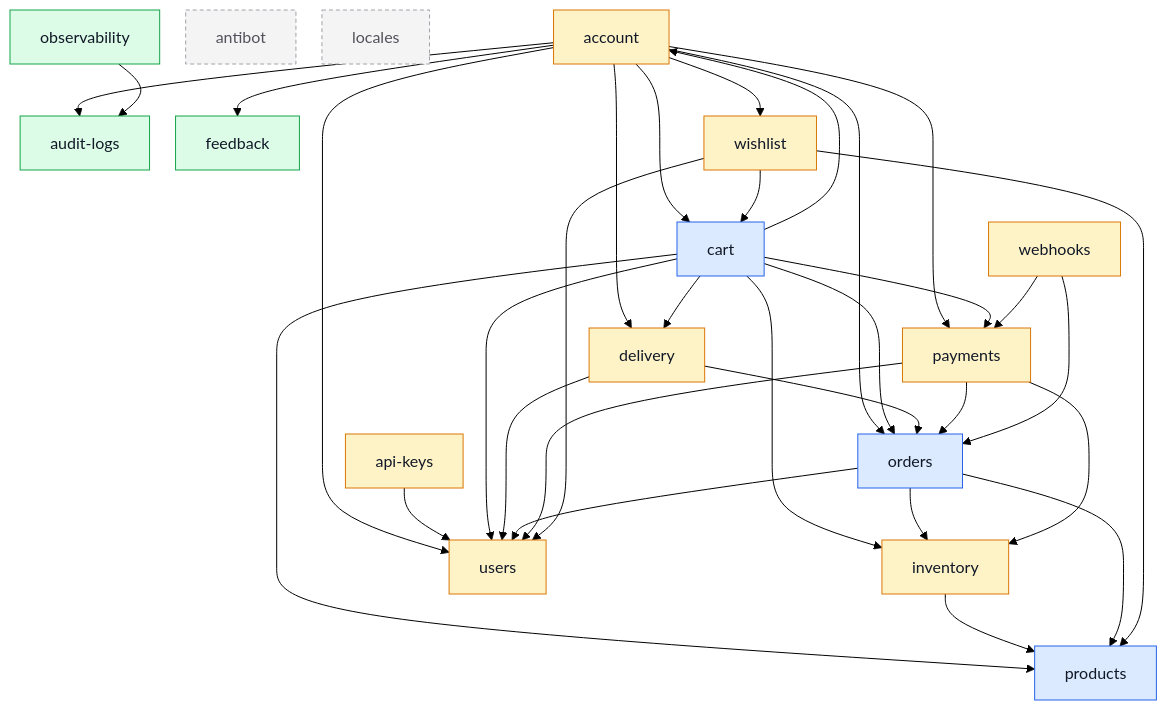
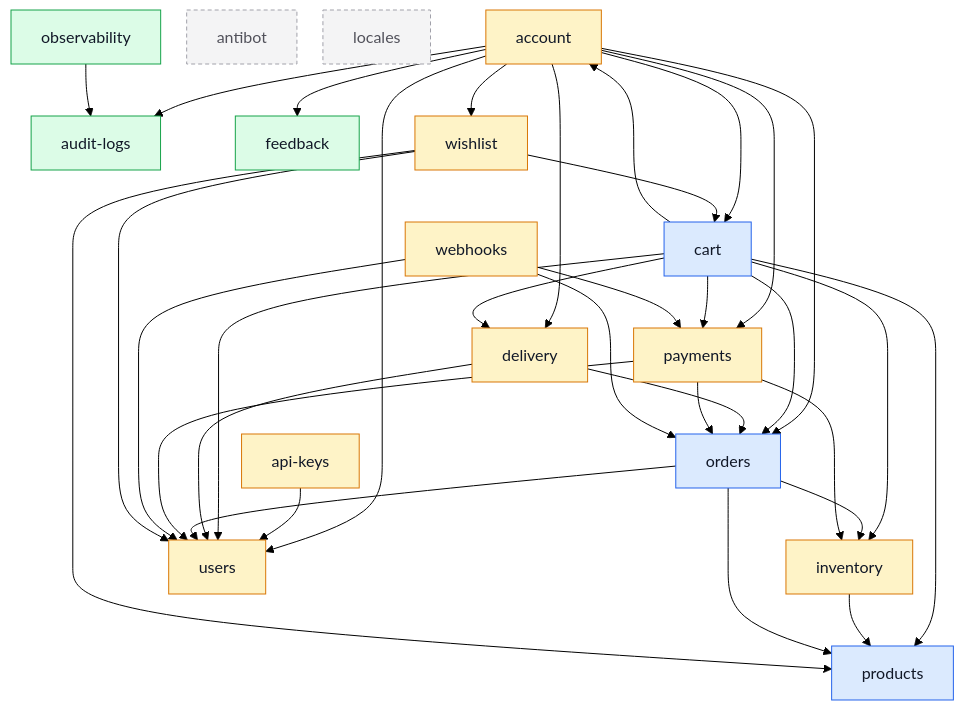
One commit to Guebbit/boilerplate-node-backend changed the diagram in docs/modules/index.md. Above: the diagram before and after it, drawn with Mermaid (forest theme). The commit also changed other lines of this file and 2 other files, not shown here.

First line of the commit message:
docs(webhooks): regenerate the module graph for the users edge

````diff
--- a/docs/modules/index.md
+++ b/docs/modules/index.md
@@ -40,61 +40,62 @@
 ```mermaid
 %%{init: {'flowchart': {'nodeSpacing': 26, 'rankSpacing': 52}}}%%
 flowchart TD
     account
     antibot
     api_keys["api-keys"]
     audit_logs["audit-logs"]
     cart
     delivery
     feedback
     inventory
     locales
     observability
     orders
     payments
     products
     users
     webhooks
     wishlist
 
     account --> audit_logs
     account --> cart
     account --> delivery
     account --> feedback
     account --> orders
     account --> payments
     account --> users
     account --> wishlist
     api_keys --> users
     cart --> account
     cart --> delivery
     cart --> inventory
     cart --> orders
     cart --> payments
     cart --> products
     cart --> users
     delivery --> orders
     delivery --> users
     inventory --> products
     observability --> audit_logs
     orders --> inventory
     orders --> products
     orders --> users
     payments --> inventory
     payments --> orders
     payments --> users
     webhooks --> orders
     webhooks --> payments
+    webhooks --> users
     wishlist --> cart
     wishlist --> products
     wishlist --> users
 
     classDef core fill:#dbeafe,stroke:#2563eb,color:#111827;
     classDef supporting fill:#fef3c7,stroke:#d97706,color:#111827;
     classDef generic fill:#dcfce7,stroke:#16a34a,color:#111827;
     classDef isolated fill:#f4f4f5,stroke:#a1a1aa,color:#52525b,stroke-dasharray:4 3;
     class cart,orders,products core;
     class account,api_keys,delivery,inventory,payments,users,webhooks,wishlist supporting;
     class audit_logs,feedback,observability generic;
     class antibot,locales isolated;
 ```
````
